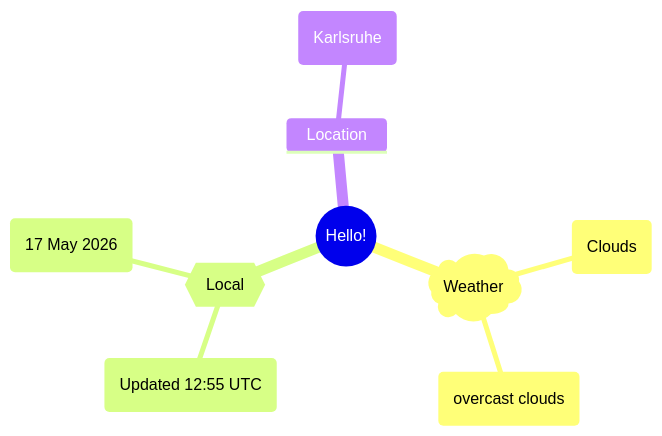
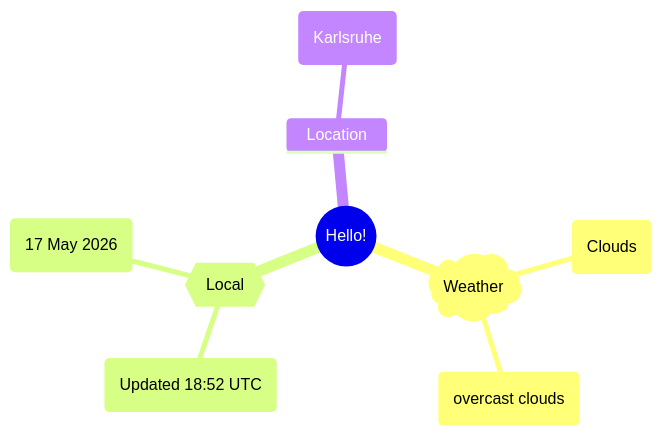
The first of 2 diagrams in README.md (Xosrov/Xosrov), drawn with Mermaid before and after one commit.

Commit message:
[bot] updated images

````diff
--- a/README.md
+++ b/README.md
@@ -3,12 +3,12 @@
 ```mermaid
 mindmap
   root((Hello!))
     )Weather(
         (Clouds)
         (overcast clouds)
     {{Local}}
-        (Updated 12:55 UTC)
+        (Updated 18:52 UTC)
         (17 May 2026)
     Location
         (Karlsruhe)
 ```
````
